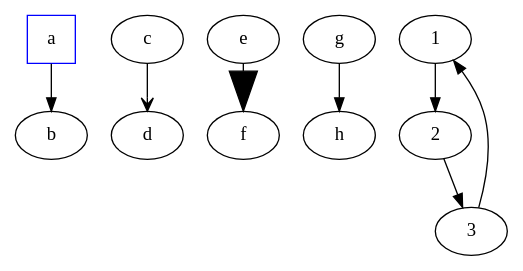
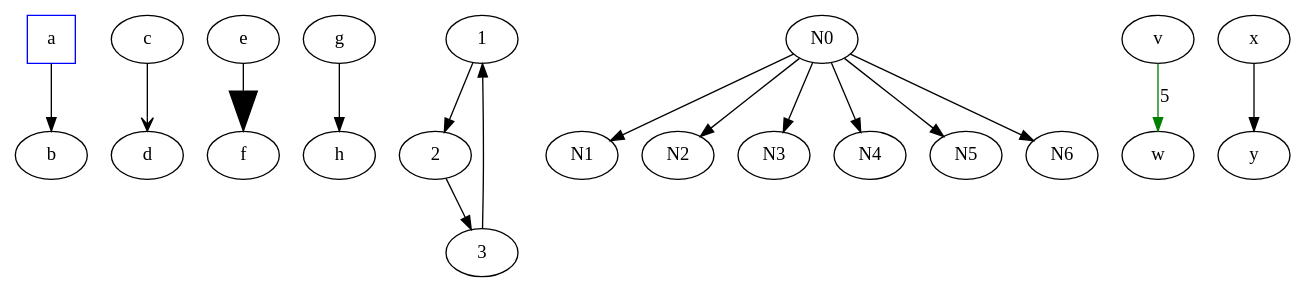
The diagram in sandbox.dot (ValentinGuillon/genshin), drawn with Graphviz before and after one commit.

Commit message:
sandbox: update comments

```diff
--- a/sandbox.dot
+++ b/sandbox.dot
@@ -1,52 +1,52 @@
 // graph {
 //   layout="patchwork"
 //   node [style=filled]
 //   "5c"  [area=  5 fillcolor=blue]
 //   "10c" [area= 10 fillcolor=green]
 //   "20c" [area= 20 fillcolor=red]
 //   "50c" [area= 50 fillcolor=white]
 //   "$1"  [area=30 fillcolor=gold]
 //   "$2"  [area=200 fillcolor=gold]
 // }
 
 
 
 digraph G {
     // node [style=filled]
     // layout = "sfdp"
     // beautify = false
 
 
-    //pour parametrer la flêche il faut utiliser les crochets [] APRÈS un lien
+    //so modify the arrow, use settings in [] after the link
 
 
     a [label="a", shape="square", color="blue", area="1.0"]
 	a -> b
 	c -> d [arrowhead="open"] //normal, inv, dot, invdot, odot, invodot, none, tee, empty, invempty, diamond, odiamond, ediamond, crow, box, obox, open, halfopen, vee
-    e -> f [arrowsize="3"] //multiplie la taille de la tête
-    g -> h [arrowtail="diamond"]
+    e -> f [arrowsize="3"] //size of the arrow head
+    g -> h [arrowtail="diamond"] //shape of the arrow tail
 
 
     1 -> 2
     2 -> 3
     3 -> 1
 
-    // N0 -> {N1; N2; N3; N4; N5; N6}
+    N0 -> {N1; N2; N3; N4; N5; N6}
 
-    // v -> w[color="green", label=5]
-    // x -> y[area="3.0"]
+    v -> w[color="green", label=5]
+    x -> y[area="3.0"]
 }
 
 
 // digraph G {
 //     splines="FALSE";
 
 //     /* Entities */
 //     shortName [label="shortName", shape="square"]
     
 //     /* Relationships */
 //     F1 -> shortName[label=".63"]
 
 //     /* Ranks */
 //     { rank=same; shortName; };
 // }
```
